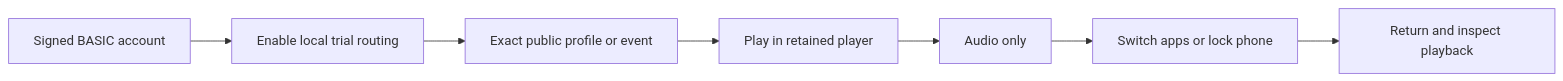
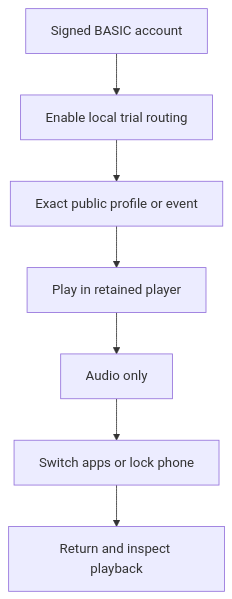
The diagram in docs/engineering/audio-background-rehearsal.md (BITRATE-Labs/VRDex), drawn with Mermaid before and after one commit. The commit also changed 1 other file, not shown here.

Commit message:
ci: run native trial routing regressions in composed acceptance

````diff
--- a/docs/engineering/audio-background-rehearsal.md
+++ b/docs/engineering/audio-background-rehearsal.md
@@ -13,9 +13,9 @@
 ```mermaid
-flowchart LR
+flowchart TD
   A[Signed BASIC account] --> B[Enable local trial routing]
   B --> C[Exact public profile or event]
   C --> D[Play in retained player]
   D --> E[Audio only]
   E --> F[Switch apps or lock phone]
   F --> G[Return and inspect playback]
 ```
````
